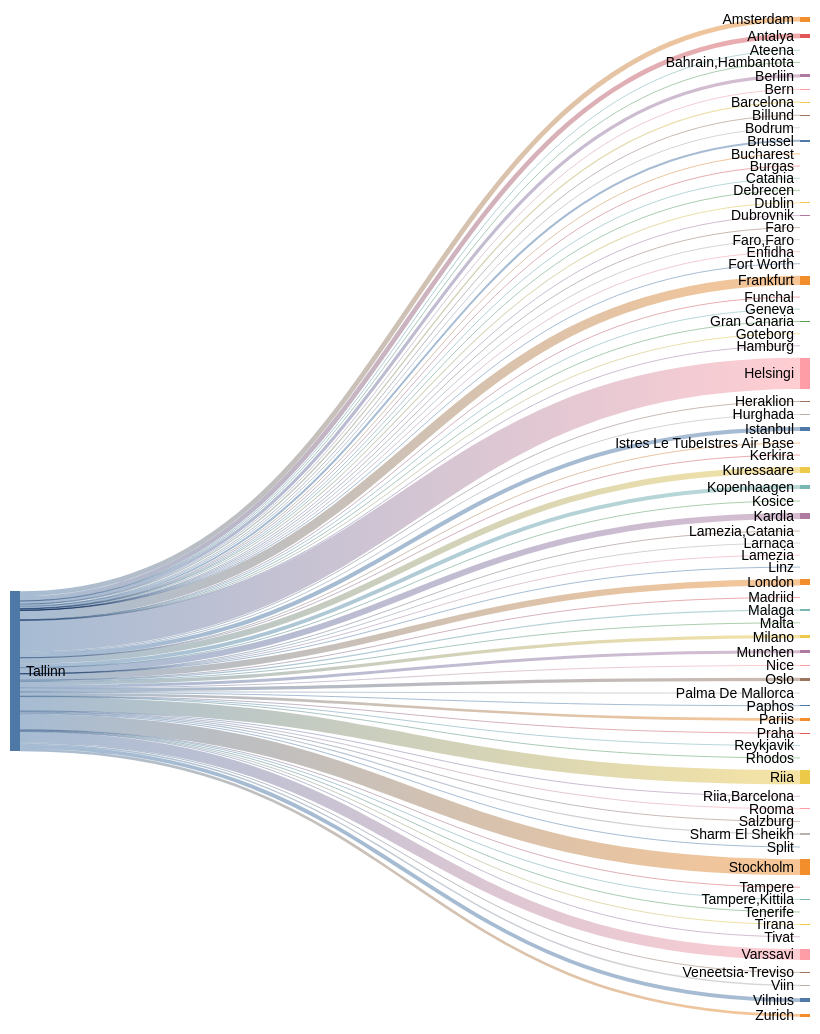
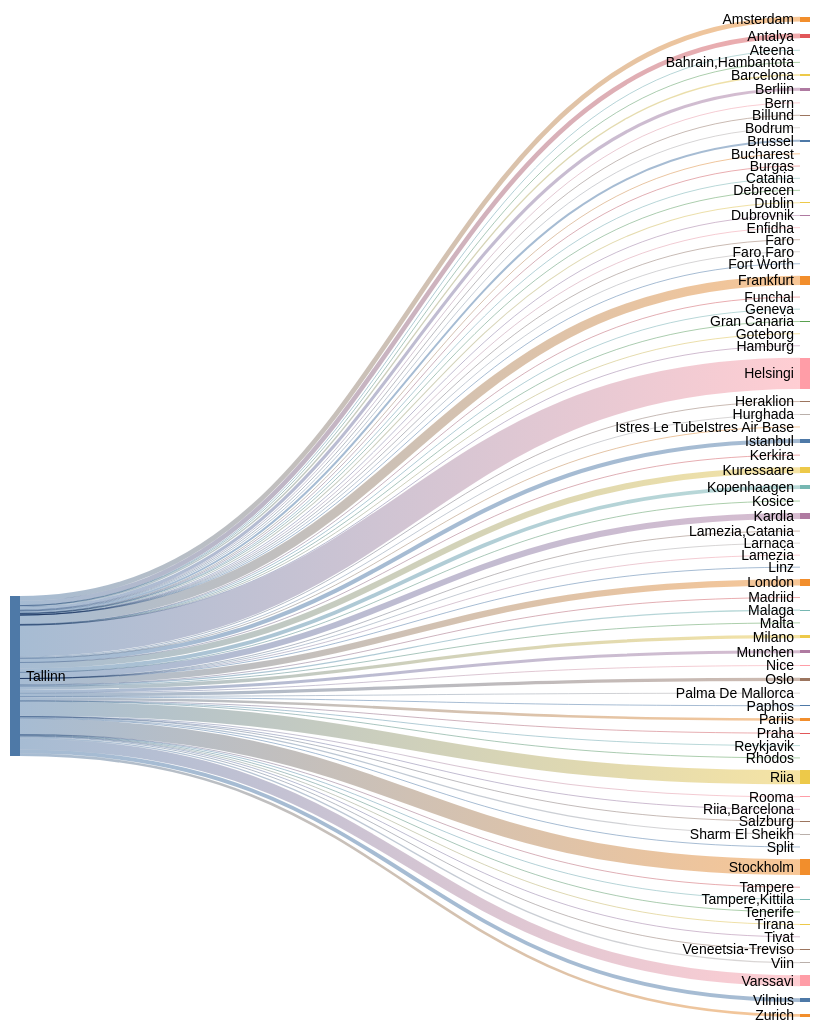
The second of 2 diagrams in README.md (rainermesi/tll-airport-departures), drawn with Mermaid (neutral theme) before and after one commit. The commit also changed other lines of this file and 1 other file, not shown here.

````diff
--- a/README.md
+++ b/README.md
@@ -34,84 +34,84 @@
 ```mermaid
 ---
 config:
   sankey:
     showValues: false
     width: 800
     height: 1000
 ---
 sankey-beta
 %% source,target,value
-Tallinn,Amsterdam,373
-Tallinn,Antalya,360
+Tallinn,Amsterdam,375
+Tallinn,Antalya,361
 Tallinn,Ateena,16
 Tallinn,"Bahrain,Hambantota",1
-Tallinn,Barcelona,103
+Tallinn,Barcelona,105
 Tallinn,Berliin,244
 Tallinn,Bern,1
-Tallinn,Billund,61
+Tallinn,Billund,62
 Tallinn,Bodrum,11
-Tallinn,Brussel,156
+Tallinn,Brussel,157
 Tallinn,Bucharest,1
 Tallinn,Burgas,35
 Tallinn,Catania,2
 Tallinn,Debrecen,1
 Tallinn,Dublin,79
 Tallinn,Dubrovnik,21
 Tallinn,Enfidha,7
 Tallinn,Faro,4
 Tallinn,"Faro,Faro",1
 Tallinn,Fort Worth,1
-Tallinn,Frankfurt,720
+Tallinn,Frankfurt,723
 Tallinn,Funchal,5
 Tallinn,Geneva,13
 Tallinn,Gran Canaria,38
 Tallinn,Goteborg,1
 Tallinn,Hamburg,2
-Tallinn,Helsingi,2430
-Tallinn,Heraklion,68
+Tallinn,Helsingi,2441
+Tallinn,Heraklion,69
 Tallinn,Hurghada,75
-Tallinn,Istanbul,323
+Tallinn,Istanbul,324
 Tallinn,Istres Le TubeIstres Air Base,2
 Tallinn,Kerkira,4
-Tallinn,Kopenhaagen,300
+Tallinn,Kopenhaagen,301
 Tallinn,Kosice,1
-Tallinn,Kuressaare,467
-Tallinn,Kardla,467
+Tallinn,Kuressaare,469
+Tallinn,Kardla,469
 Tallinn,Lamezia,1
 Tallinn,"Lamezia,Catania",3
 Tallinn,Larnaca,4
 Tallinn,Linz,2
-Tallinn,London,491
+Tallinn,London,493
 Tallinn,Madriid,1
-Tallinn,Malaga,95
+Tallinn,Malaga,96
 Tallinn,Malta,21
 Tallinn,Milano,256
 Tallinn,Munchen,231
 Tallinn,Nice,36
 Tallinn,Oslo,253
 Tallinn,Palma De Mallorca,25
 Tallinn,Paphos,66
 Tallinn,Pariis,203
 Tallinn,Praha,64
 Tallinn,Reykjavik,4
 Tallinn,Rhodos,44
-Tallinn,Riia,1094
+Tallinn,Riia,1099
 Tallinn,"Riia,Barcelona",1
 Tallinn,Rooma,80
 Tallinn,Salzburg,14
 Tallinn,Sharm El Sheikh,96
 Tallinn,Split,37
-Tallinn,Stockholm,1234
+Tallinn,Stockholm,1238
 Tallinn,Tampere,17
 Tallinn,"Tampere,Kittila",21
 Tallinn,Tenerife,58
 Tallinn,Tirana,17
 Tallinn,Tivat,43
-Tallinn,Varssavi,841
+Tallinn,Varssavi,844
 Tallinn,Veneetsia-Treviso,67
 Tallinn,Viin,106
-Tallinn,Vilnius,300
-Tallinn,Zurich,208
+Tallinn,Vilnius,301
+Tallinn,Zurich,209
 
 
 ```
````
